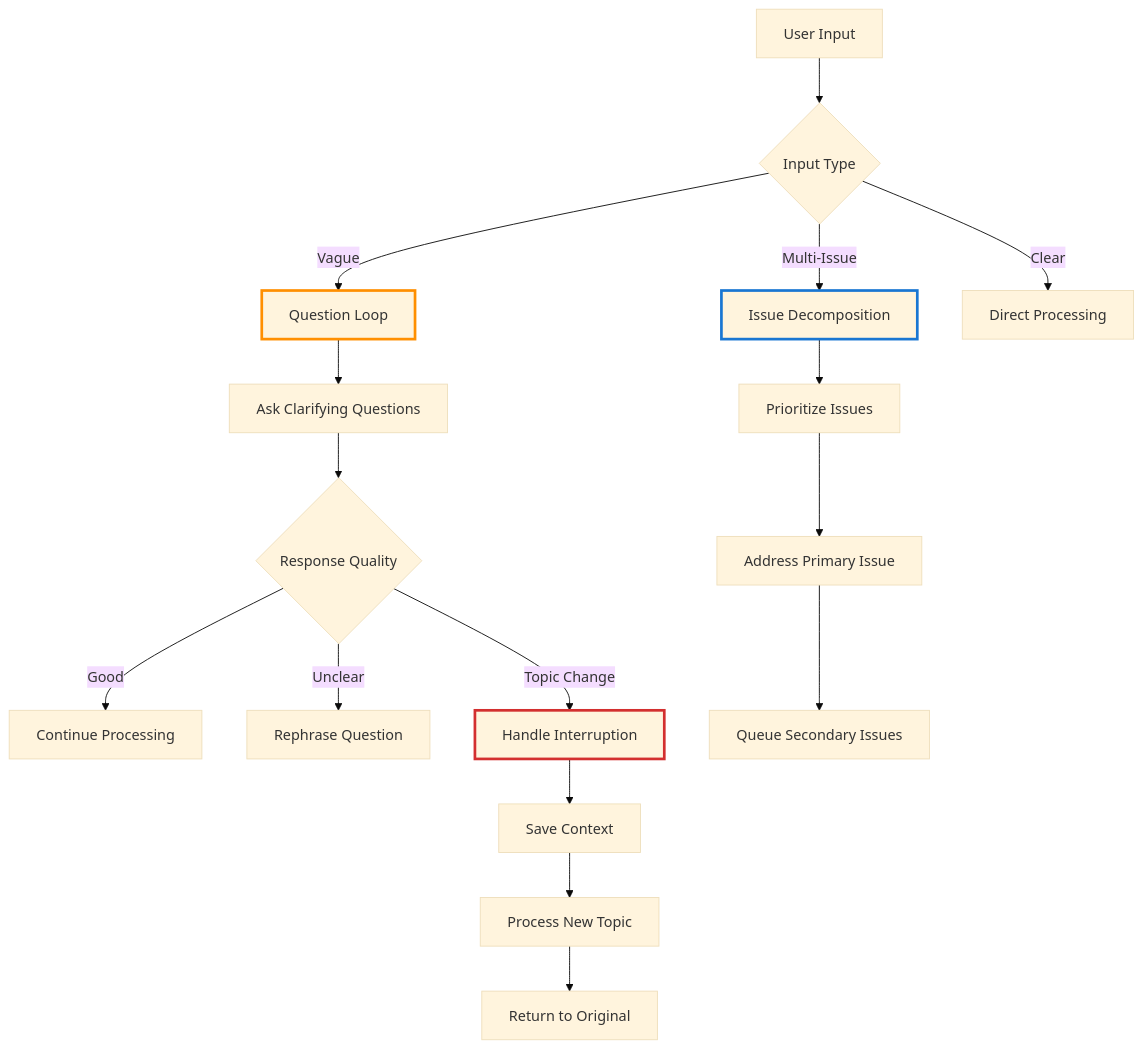
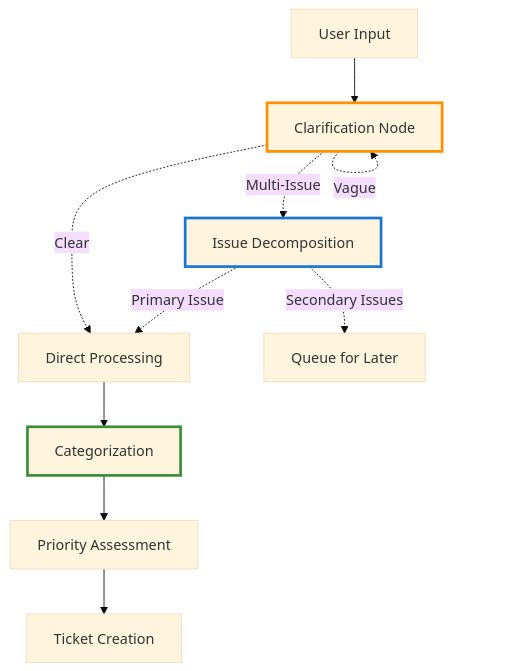
One commit to dextersjab/agentic-workbench-langgraph changed the third of 7 diagrams in README.md. Above: the diagram before and after it, drawn with Mermaid (base theme). The commit also changed other lines of this file and 1 other file, not shown here.

````diff
--- a/README.md
+++ b/README.md
@@ -103,25 +95,18 @@
 ```mermaid
 flowchart TD
-    A[User Input] --> B{Input Type}
-    B -->|Vague| C[Question Loop]
-    B -->|Multi-Issue| D[Issue Decomposition]
-    B -->|Clear| E[Direct Processing]
+    A[User Input] --> B[Clarification Node]
+    B -.->|Vague| B
+    B -.->|Multi-Issue| C[Issue Decomposition]
+    B -.->|Clear| D[Direct Processing]
     
-    C --> F[Ask Clarifying Questions]
-    F --> G{Response Quality}
-    G -->|Good| H[Continue Processing]
-    G -->|Unclear| I[Rephrase Question]
-    G -->|Topic Change| J[Handle Interruption]
+    C -.->|Primary Issue| D
+    C -.->|Secondary Issues| E[Queue for Later]
     
-    D --> K[Prioritize Issues]
-    K --> L[Address Primary Issue]
-    L --> M[Queue Secondary Issues]
+    D --> F[Categorization]
+    F --> G[Priority Assessment]
+    G --> H[Ticket Creation]
     
-    J --> N[Save Context]
-    N --> O[Process New Topic]
-    O --> P[Return to Original]
-    
-    style C stroke:#ff8f00,stroke-width:3px
-    style J stroke:#d32f2f,stroke-width:3px
-    style D stroke:#1976d2,stroke-width:3px
+    style B stroke:#ff8f00,stroke-width:3px
+    style C stroke:#1976d2,stroke-width:3px
+    style F stroke:#388e3c,stroke-width:3px
 ```
````
